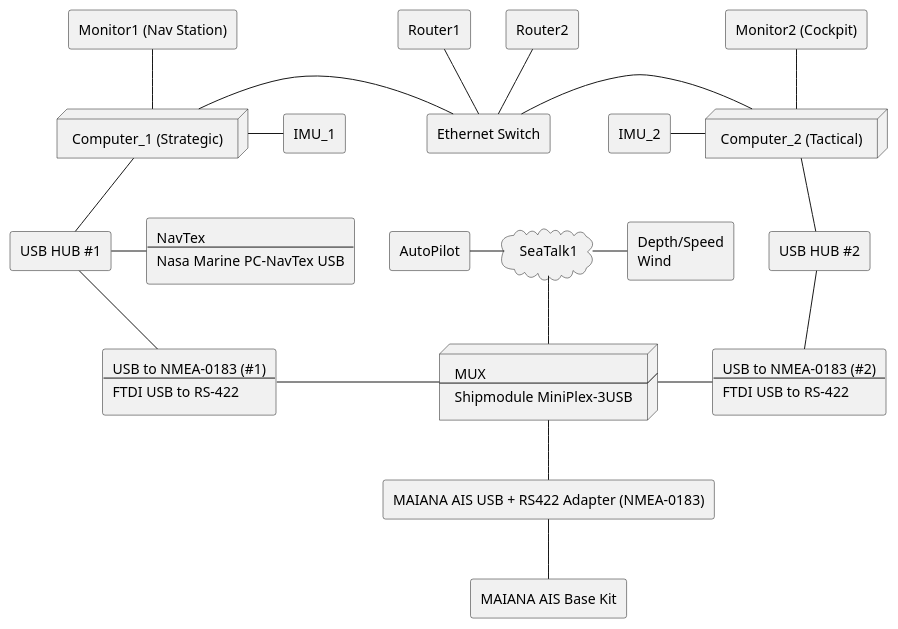
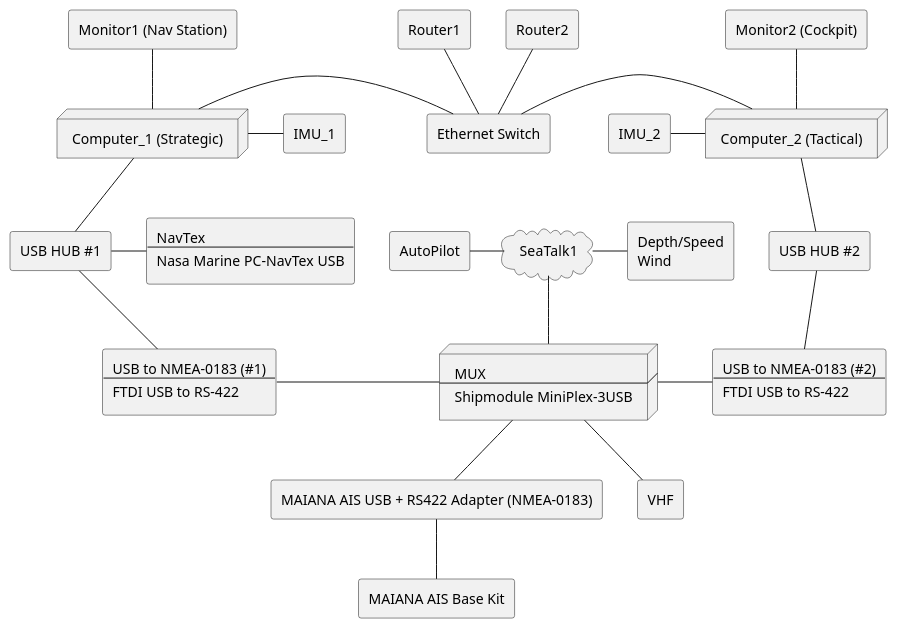
The diagram in docs/plantuml/two-comp-arch.puml (SY-Alcazar/SY-Alcazar), drawn with PlantUML before and after one commit. The commit also changed 1 other file, not shown here.

Commit message:
two comp arch vhf

```diff
--- a/docs/plantuml/two-comp-arch.puml
+++ b/docs/plantuml/two-comp-arch.puml
@@ -1,123 +1,128 @@
 @startuml
 
 rectangle AIS [
  MAIANA AIS Base Kit
 ]
 
 rectangle AIS_to_NMEA [
  MAIANA AIS USB + RS422 Adapter (NMEA-0183)
 ]
 
 node MUX [
  MUX
  ----
  Shipmodule MiniPlex-3USB
 ]
 
 node comp1 [
  Computer_1 (Strategic)
 ]
 
 node comp2 [
  Computer_2 (Tactical)
 ]
 
 rectangle usb_hub1 [
  USB HUB #1
 ]
 
 rectangle usb_hub2 [
  USB HUB #2
 ]
 
 
 rectangle router1 [
  Router1
 ]
 
 rectangle router2 [
  Router2
 ]
 
 rectangle Eth_switch [
  Ethernet Switch
 ]
 
 rectangle mon1 [
  Monitor1 (Nav Station)
 ]
 
 rectangle mon2 [
  Monitor2 (Cockpit)
 ]
 
 rectangle USB_to_Serial1 [
  USB to NMEA-0183 (#1)
  ----
  FTDI USB to RS-422
 ]
 
 rectangle USB_to_Serial2 [
  USB to NMEA-0183 (#2)
  ----
  FTDI USB to RS-422
 ]
 
 cloud seatalk [
  SeaTalk1
 ]
 
 rectangle instr [
  Depth/Speed
  Wind
 ]
 
 rectangle AP [
  AutoPilot
 ]
 
 rectangle IMU1 [
  IMU_1
 ]
 
 rectangle IMU2 [
  IMU_2
 ]
 
+rectangle VHF [
+ VHF
+]
+
 rectangle NavTex [
  NavTex
  ----
  Nasa Marine PC-NavTex USB
 ]
 
 AIS -u- AIS_to_NMEA
 
 MUX -- AIS_to_NMEA
 MUX -l- USB_to_Serial1
 MUX -r- USB_to_Serial2
 MUX -u- seatalk
+MUX -- VHF
 
 seatalk -r- instr
 seatalk -l- AP
 
 comp1 -u- mon1
 comp2 -u- mon2
 
 comp1 -r- IMU1
 comp2 -l- IMU2
 
 usb_hub1 -r- NavTex
 
 comp1 -d- usb_hub1
 comp2 -d- usb_hub2
 
 usb_hub1 -- USB_to_Serial1
 usb_hub2 -- USB_to_Serial2
 
 Eth_switch -u- router2
 Eth_switch -u- router1
 
 Eth_switch -l- comp1
 Eth_switch -r- comp2
 
 @enduml
```
